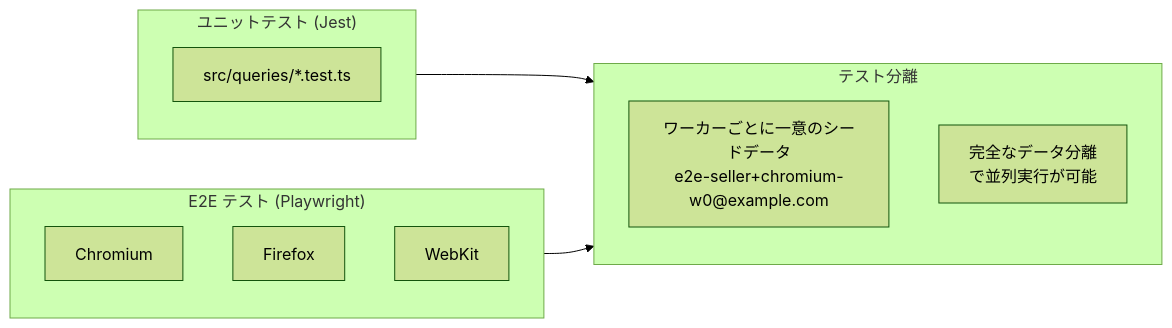
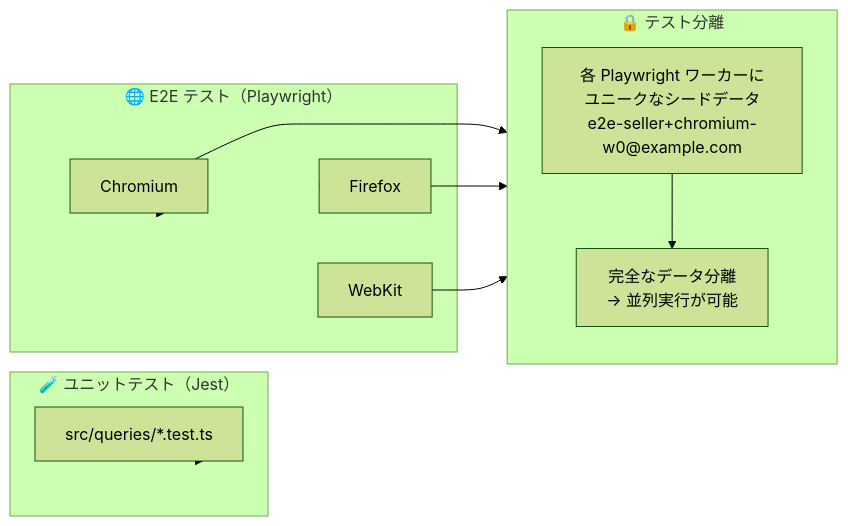
Before and after one commit to myoshi2891/Multi-Vendor-E-Commerce: the seventh of 8 diagrams in README.md, drawn with Mermaid (forest theme). The commit also changed other lines of this file, not shown here.

````diff
--- a/README.md
+++ b/README.md
@@ -554,20 +491,26 @@
 ```mermaid
-graph LR
-    subgraph UNIT["ユニットテスト (Jest)"]
+flowchart LR
+    subgraph UNIT["🧪 ユニットテスト（Jest）"]
         J1["src/queries/*.test.ts"]
     end
 
-    subgraph E2E["E2E テスト (Playwright)"]
-        P1["Chromium"]
-        P2["Firefox"]
-        P3["WebKit"]
+    subgraph E2E["🌐 E2E テスト（Playwright）"]
+        PW1["Chromium"]
+        PW2["Firefox"]
+        PW3["WebKit"]
     end
 
-    subgraph ISOLATION["テスト分離"]
-        I1["ワーカーごとに一意のシードデータ<br>e2e-seller+chromium-w0@example.com"]
-        I2["完全なデータ分離<br>で並列実行が可能"]
+    subgraph ISOLATION["🔒 テスト分離"]
+        SEED["各 Playwright ワーカーに<br>ユニークなシードデータ<br>e2e-seller+chromium-w0@example.com"]
+        PARALLEL["完全なデータ分離<br>→ 並列実行が可能"]
     end
 
-    UNIT --> ISOLATION
-    E2E --> ISOLATION
+    UNIT --> J1
+    E2E --> PW1
+    E2E --> PW2
+    E2E --> PW3
+    PW1 --> ISOLATION
+    PW2 --> ISOLATION
+    PW3 --> ISOLATION
+    SEED --> PARALLEL
 ```
````
